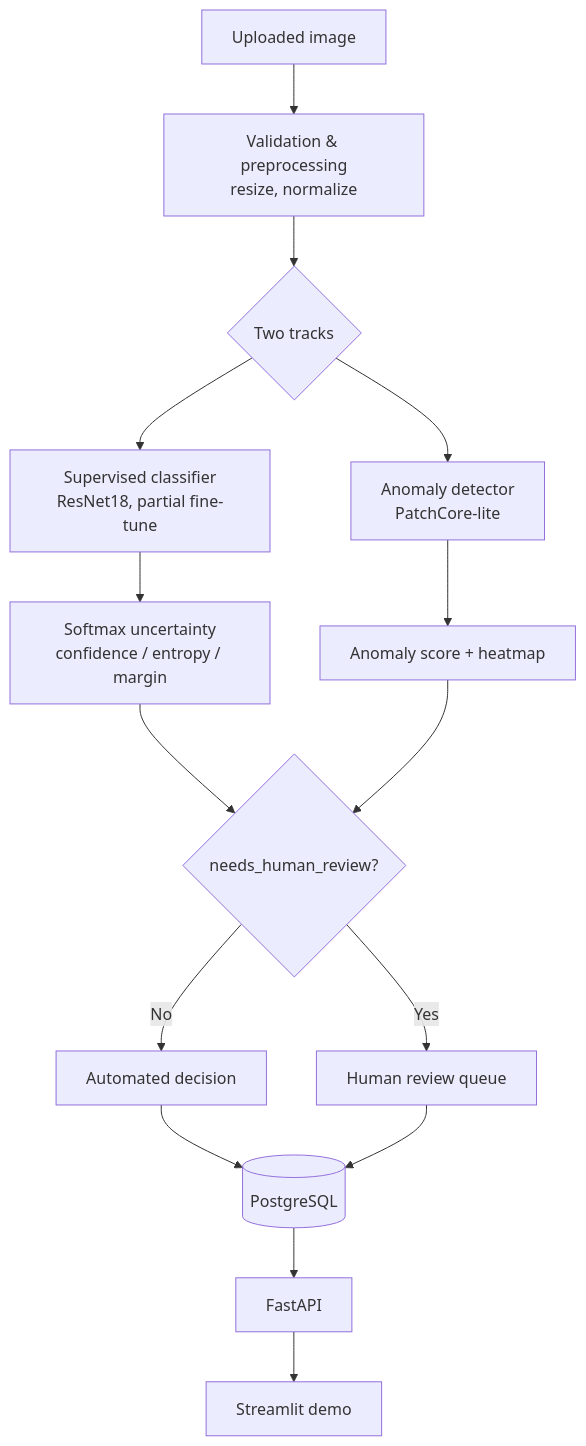
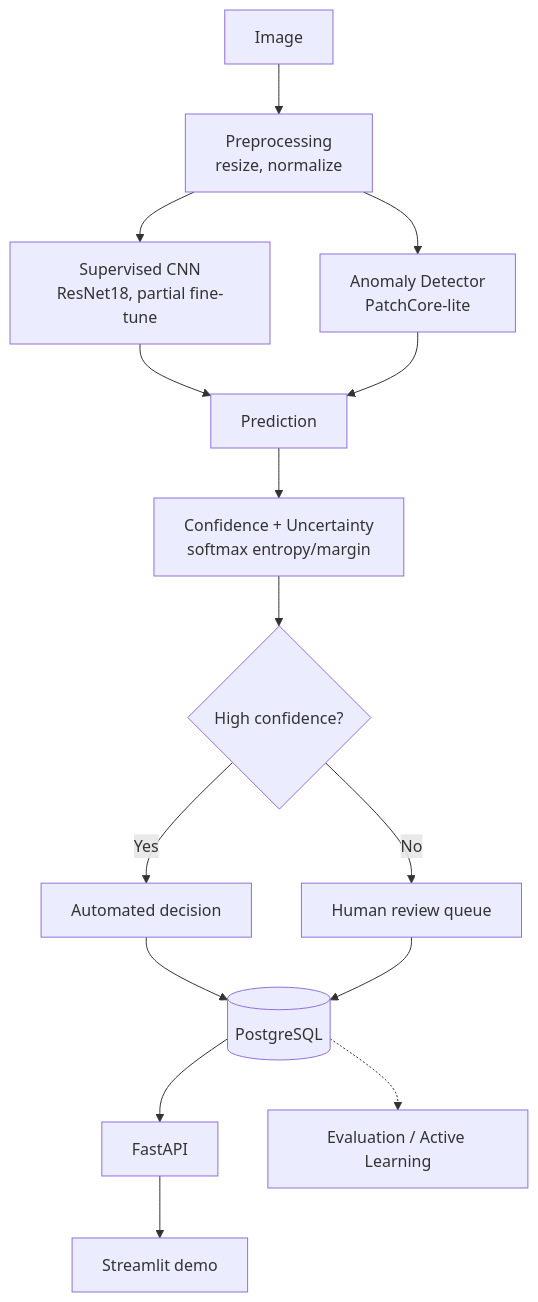
One commit to nithya-prakash/DefectVisionAI changed the diagram in README.md. Above: the diagram before and after it, drawn with Mermaid. The commit also changed other lines of this file, not shown here.

````diff
--- a/README.md
+++ b/README.md
@@ -53,17 +25,17 @@
 ```mermaid
 flowchart TD
-    A[Uploaded image] --> B[Validation & preprocessing<br/>resize, normalize]
-    B --> C{Two tracks}
-    C --> D[Supervised classifier<br/>ResNet18, partial fine-tune]
-    C --> E[Anomaly detector<br/>PatchCore-lite]
-    D --> F[Softmax uncertainty<br/>confidence / entropy / margin]
-    E --> G[Anomaly score + heatmap]
-    F --> H{needs_human_review?}
-    G --> H
-    H -->|No| I[Automated decision]
-    H -->|Yes| J[Human review queue]
-    I --> K[(PostgreSQL)]
-    J --> K
-    K --> L[FastAPI]
-    L --> M[Streamlit demo]
+    A[Image] --> B[Preprocessing<br/>resize, normalize]
+    B --> C1[Supervised CNN<br/>ResNet18, partial fine-tune]
+    B --> C2[Anomaly Detector<br/>PatchCore-lite]
+    C1 --> D[Prediction]
+    C2 --> D
+    D --> E[Confidence + Uncertainty<br/>softmax entropy/margin]
+    E --> F{High confidence?}
+    F -->|Yes| G[Automated decision]
+    F -->|No| H[Human review queue]
+    G --> I[(PostgreSQL)]
+    H --> I
+    I --> J[FastAPI]
+    J --> K[Streamlit demo]
+    I -.-> L[Evaluation / Active Learning]
 ```
````
